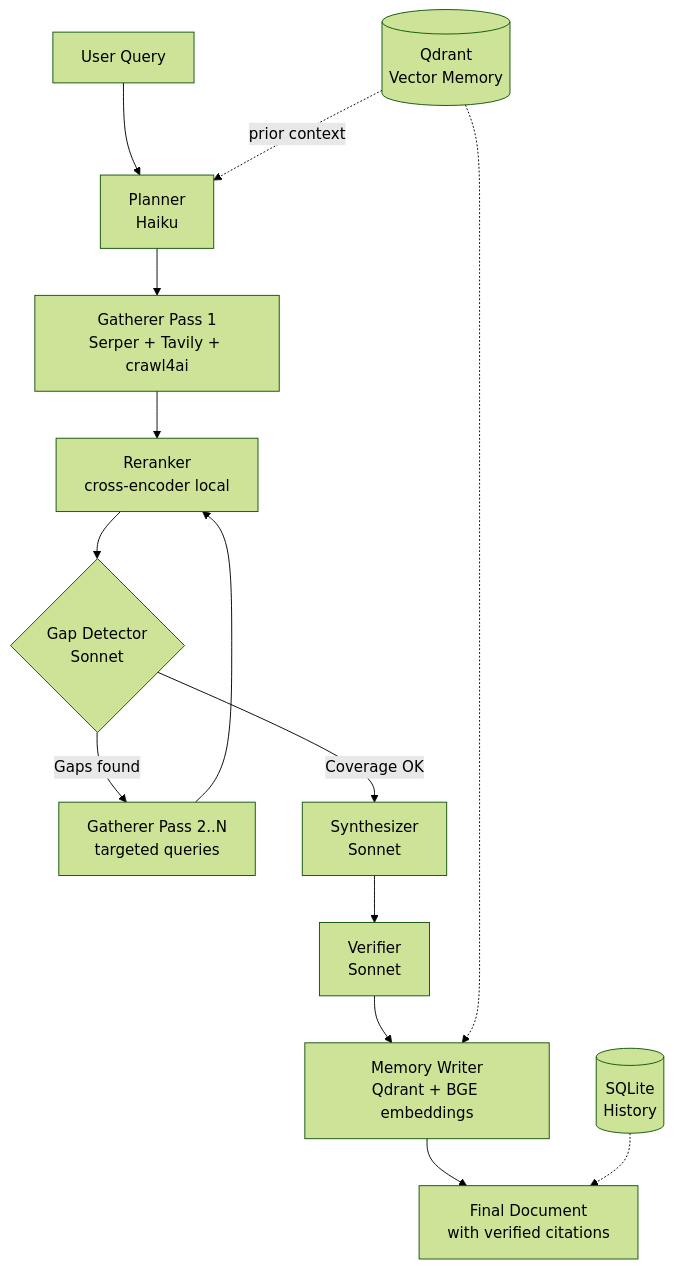
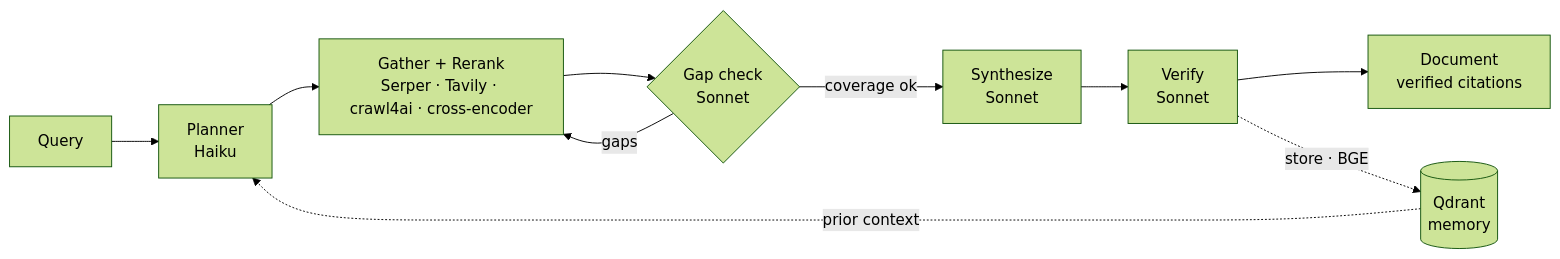
One commit to aleks-gotsa/cortex changed the diagram in README.md. Above: the diagram before and after it, drawn with Mermaid (forest theme). The commit also changed other lines of this file and 1 other file, not shown here.

Commit message:
docs: cold pass, status block, calibration disclosure

````diff
--- a/README.md
+++ b/README.md
@@ -32,17 +31,8 @@
 ```mermaid
-graph TD
-    Q[User Query] --> P[Planner<br/>Haiku]
-    P --> G1[Gatherer Pass 1<br/>Serper + Tavily + crawl4ai]
-    G1 --> R[Reranker<br/>cross-encoder local]
-    R --> GD{Gap Detector<br/>Sonnet}
-    GD -->|Gaps found| G2[Gatherer Pass 2..N<br/>targeted queries]
-    G2 --> R
-    GD -->|Coverage OK| S[Synthesizer<br/>Sonnet]
-    S --> V[Verifier<br/>Sonnet]
-    V --> M[Memory Writer<br/>Qdrant + BGE embeddings]
-    M --> D[Final Document<br/>with verified citations]
-
-    QD[(Qdrant<br/>Vector Memory)] -.->|prior context| P
-    QD -.-> M
-    DB[(SQLite<br/>History)] -.-> D
+graph LR
+    Q[Query] --> P[Planner<br/>Haiku] --> G[Gather + Rerank<br/>Serper · Tavily · crawl4ai · cross-encoder] --> GD{Gap check<br/>Sonnet}
+    GD -->|gaps| G
+    GD -->|coverage ok| S[Synthesize<br/>Sonnet] --> V[Verify<br/>Sonnet] --> D[Document<br/>verified citations]
+    QD[(Qdrant<br/>memory)] -.->|prior context| P
+    V -.->|store · BGE| QD
 ```
````
